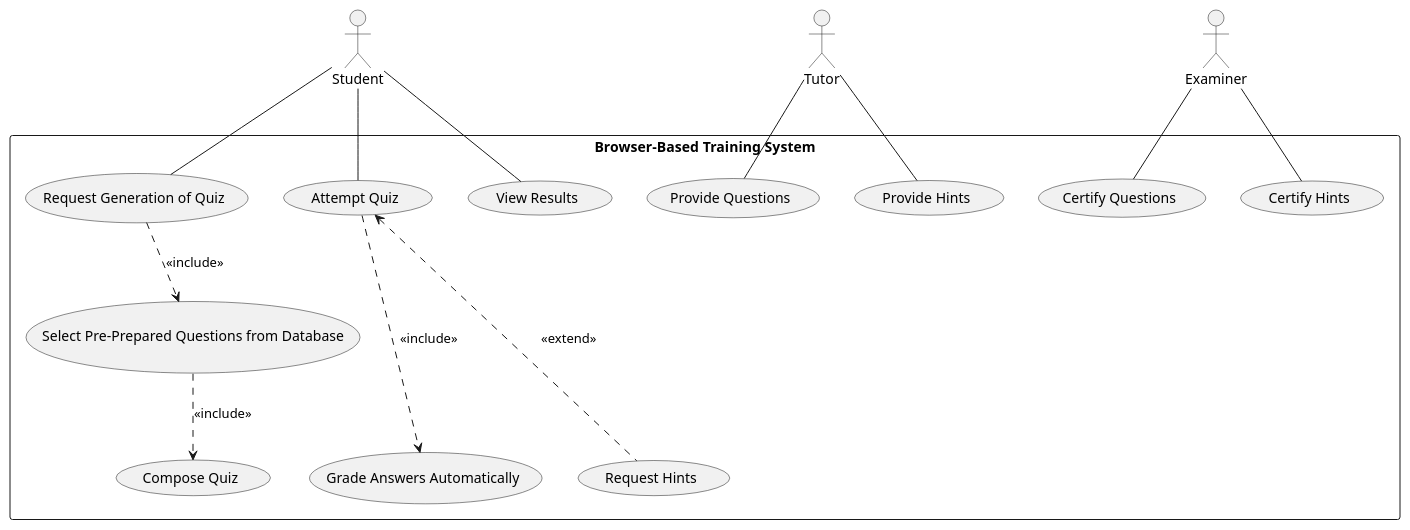
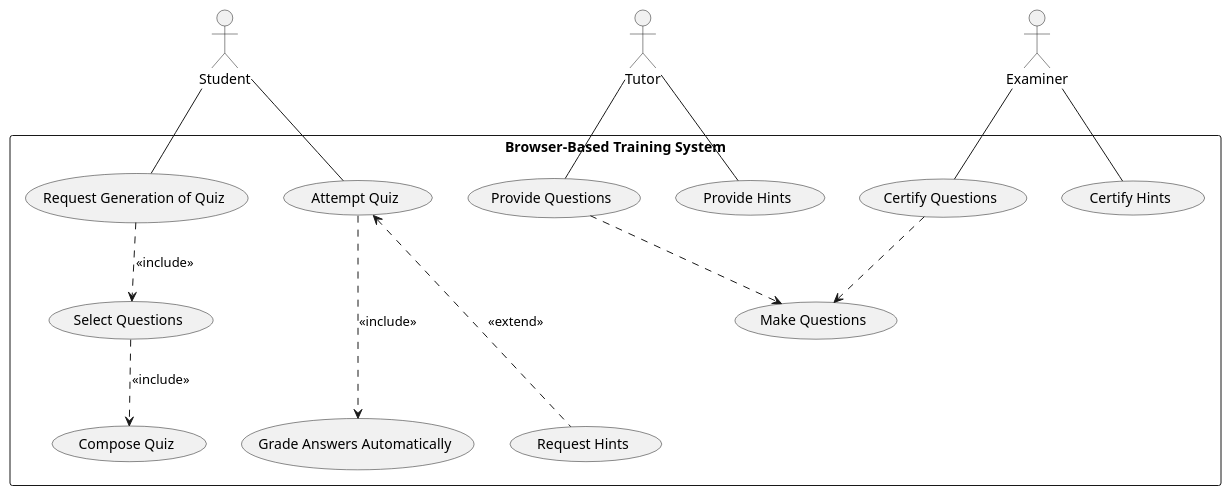
One commit to bartwc/SoftwareSystems changed the diagram in 4-uml/ex1_browser-based_training_system.puml. Above: the diagram before and after it, drawn with PlantUML. The commit also changed 4 other files, not shown here.

```diff
--- a/4-uml/ex1_browser-based_training_system.puml
+++ b/4-uml/ex1_browser-based_training_system.puml
@@ -1,33 +1,35 @@
 @startuml browser-based_training_system
 top to bottom direction
 
 actor Student
 actor Tutor
+actor Examiner
 
 rectangle "Browser-Based Training System" {
     usecase "Request Generation of Quiz" as request_quiz
-    usecase "Select Pre-Prepared Questions from Database" as select_questions
+    usecase "Select Questions" as select_questions
     usecase "Compose Quiz" as compose_quiz
     usecase "Attempt Quiz" as attempt_quiz
     usecase "Request Hints" as request_hints
     usecase "Grade Answers Automatically" as grade_automatically
-    usecase "View Results" as view_results
     usecase "Provide Questions" as provide_questions
     usecase "Provide Hints" as provide_hints
     usecase "Certify Questions" as certify_questions
     usecase "Certify Hints" as certify_hints
+    usecase "Make Questions" as make_questions
 }
 
 Student -- request_quiz
 request_quiz ..> select_questions: <<include>>
 select_questions ..> compose_quiz: <<include>>
 Student -- attempt_quiz
 attempt_quiz <... request_hints: <<extend>>
 attempt_quiz ...> grade_automatically: <<include>>
-Student -- view_results
 Tutor -- provide_questions
+provide_questions ..> make_questions
 Tutor -- provide_hints
 Examiner -- certify_questions
+certify_questions ..> make_questions
 Examiner -- certify_hints
 
 @enduml
```
